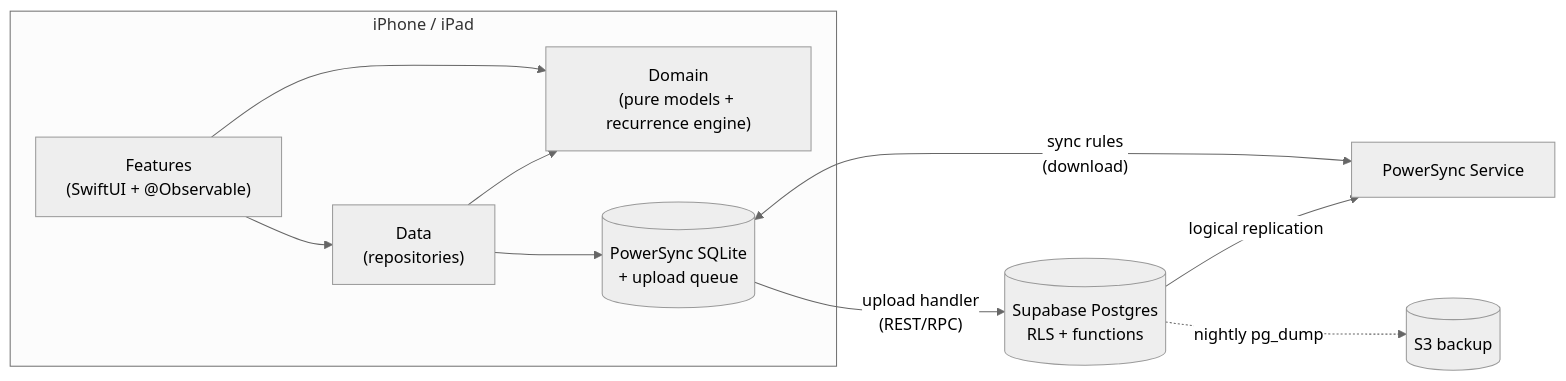
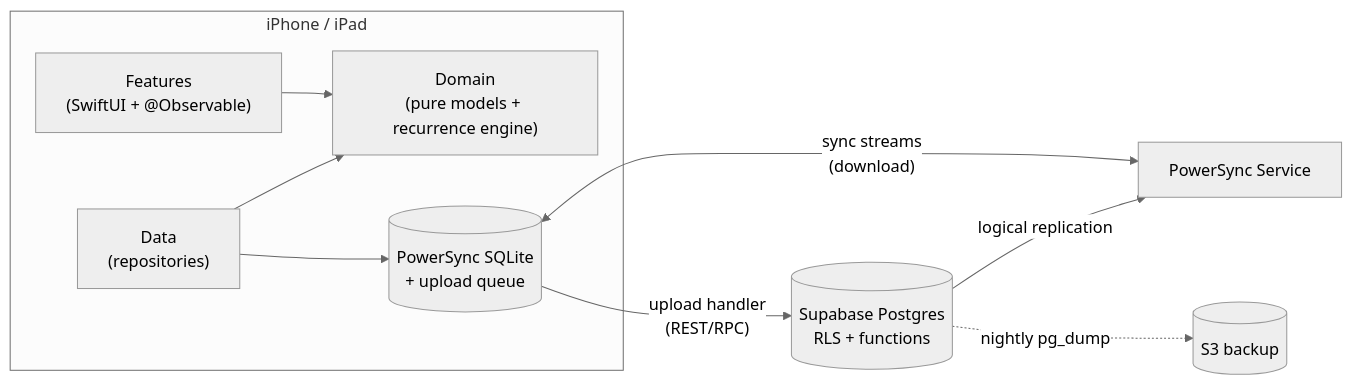
Before and after one commit to victorlou/sundial: the diagram in docs/02-decisions/README.md, drawn with Mermaid (neutral theme). The commit also changed other lines of this file and 16 other files, not shown here.

````diff
--- a/docs/02-decisions/README.md
+++ b/docs/02-decisions/README.md
@@ -22,13 +23,12 @@
 ```mermaid
 flowchart LR
   subgraph Device["iPhone / iPad"]
     UI["Features<br/>(SwiftUI + @Observable)"] --> Dom["Domain<br/>(pure models + recurrence engine)"]
     Data["Data<br/>(repositories)"] --> Dom
-    UI --> Data
     Data --> PS[("PowerSync SQLite<br/>+ upload queue")]
   end
-  PS <-- "sync rules<br/>(download)" --> PSS["PowerSync Service"]
+  PS <-- "sync streams<br/>(download)" --> PSS["PowerSync Service"]
   PS -- "upload handler<br/>(REST/RPC)" --> SB[("Supabase Postgres<br/>RLS + functions")]
   SB -- "logical replication" --> PSS
   SB -. "nightly pg_dump" .-> S3[("S3 backup")]
 ```
````
